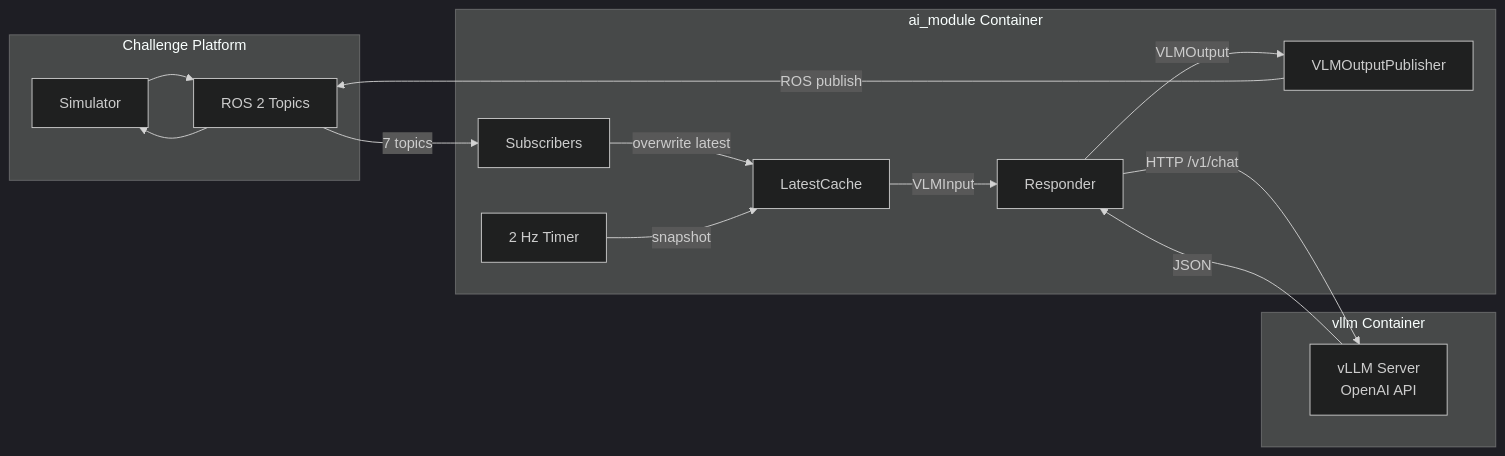
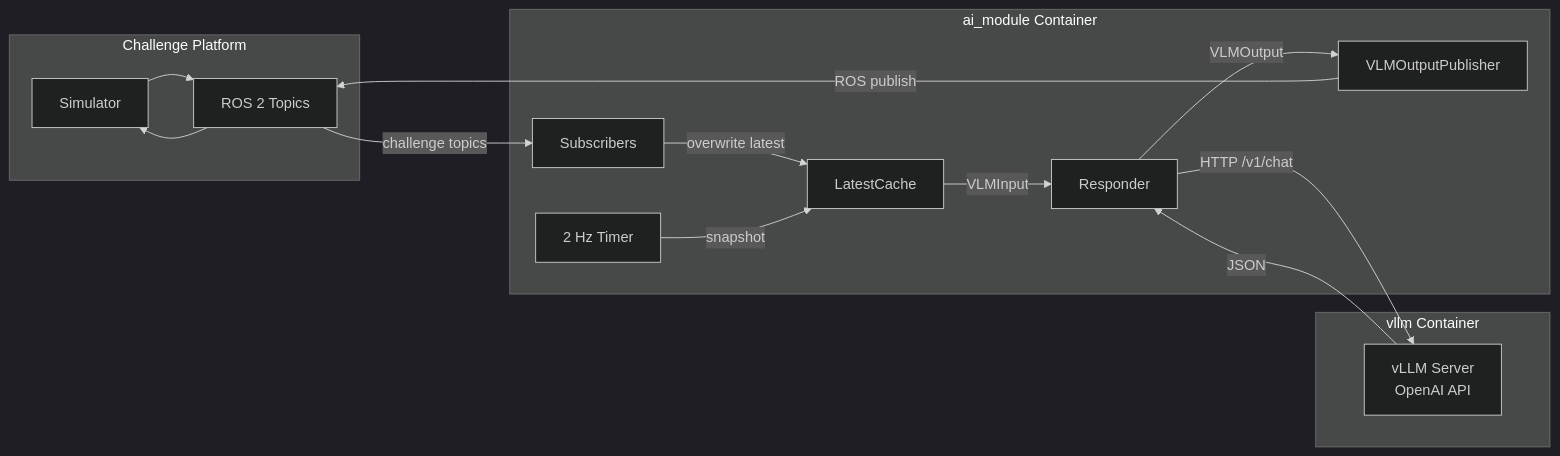
The first of 3 diagrams in docs/architecture.md (ginlov/xiao-hei-vln-cmu), drawn with Mermaid (dark theme) before and after one commit. The commit also changed other lines of this file and 3 other files, not shown here.

````diff
--- a/docs/architecture.md
+++ b/docs/architecture.md
@@ -5,30 +5,30 @@
 ```mermaid
 graph LR
     subgraph Challenge Platform
         SIM[Simulator]
         ROS[ROS 2 Topics]
     end
 
     subgraph ai_module Container
         SUB[Subscribers]
         CACHE[LatestCache]
         TICK[2 Hz Timer]
         RESP[Responder]
         PUB[VLMOutputPublisher]
     end
 
     subgraph vllm Container
         VLLM[vLLM Server<br/>OpenAI API]
     end
 
     SIM --> ROS
-    ROS -->|7 topics| SUB
+    ROS -->|challenge topics| SUB
     SUB -->|overwrite latest| CACHE
     TICK -->|snapshot| CACHE
     CACHE -->|VLMInput| RESP
     RESP -->|HTTP /v1/chat| VLLM
     VLLM -->|JSON| RESP
     RESP -->|VLMOutput| PUB
     PUB -->|ROS publish| ROS
     ROS --> SIM
 ```
````
